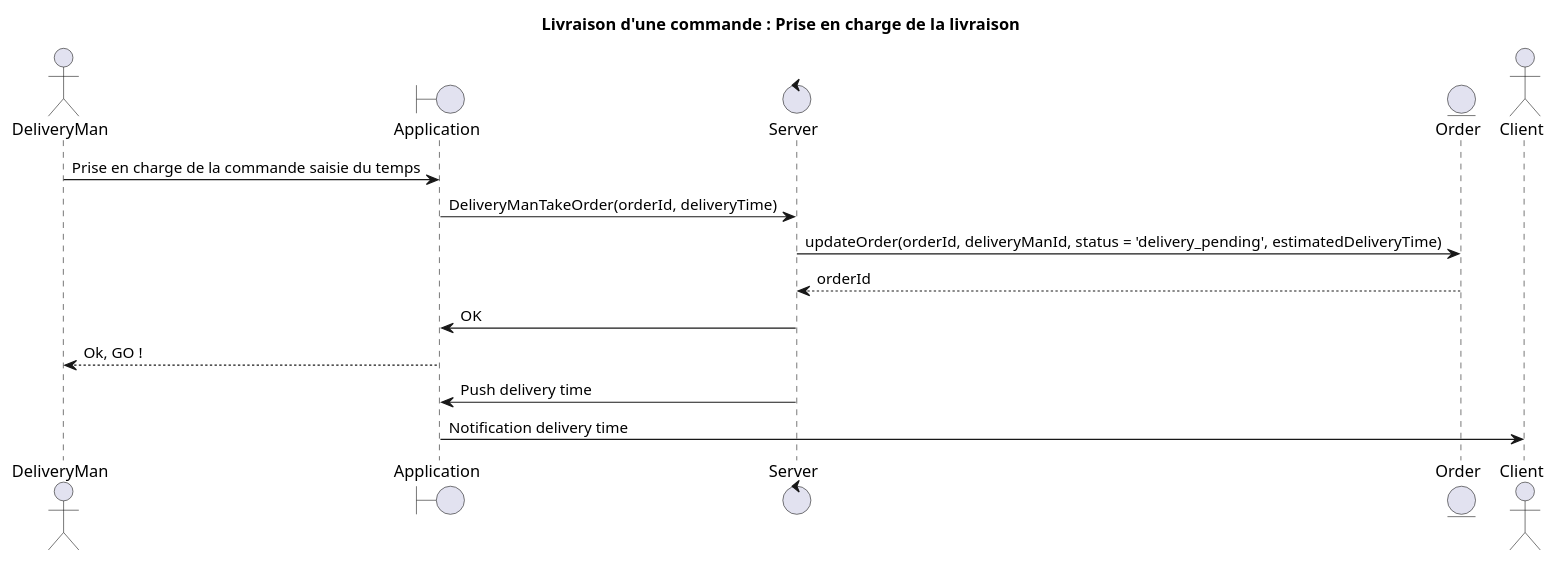
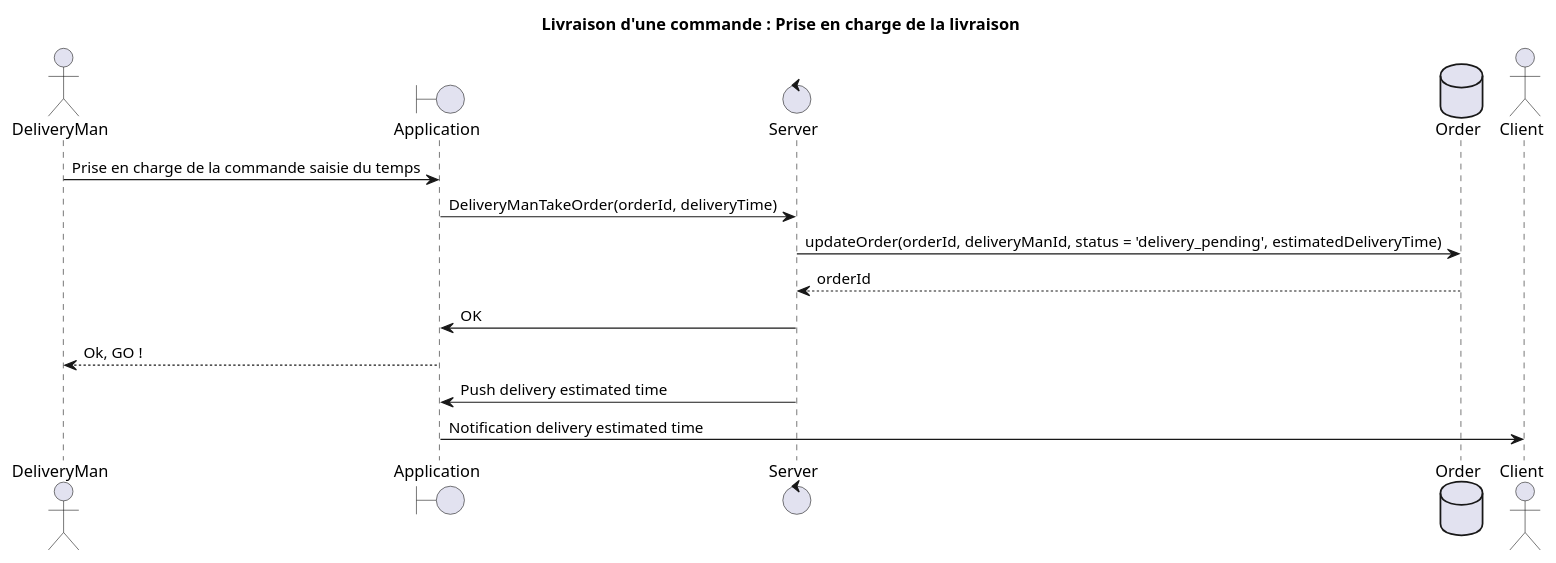
Before and after one commit to sjaulin/expressfood: the diagram in uml/sequence-delivery-start.plantuml, drawn with PlantUML. The commit also changed 1 other file, not shown here.

```diff
--- a/uml/sequence-delivery-start.plantuml
+++ b/uml/sequence-delivery-start.plantuml
@@ -1,16 +1,16 @@
 @startuml
 title Livraison d'une commande : Prise en charge de la livraison
 actor DeliveryMan
 boundary Application 
 control Server
-entity Order
+database Order
 actor Client
 DeliveryMan -> Application : Prise en charge de la commande saisie du temps
 Application -> Server : DeliveryManTakeOrder(orderId, deliveryTime)
 Server -> Order : updateOrder(orderId, deliveryManId, status = 'delivery_pending', estimatedDeliveryTime)
 Order --> Server : orderId
 Server -> Application : OK
 Application --> DeliveryMan : Ok, GO !
-Server -> Application : Push delivery time
-Application -> Client : Notification delivery time
+Server -> Application : Push delivery estimated time
+Application -> Client : Notification delivery estimated time
 @enduml
```
